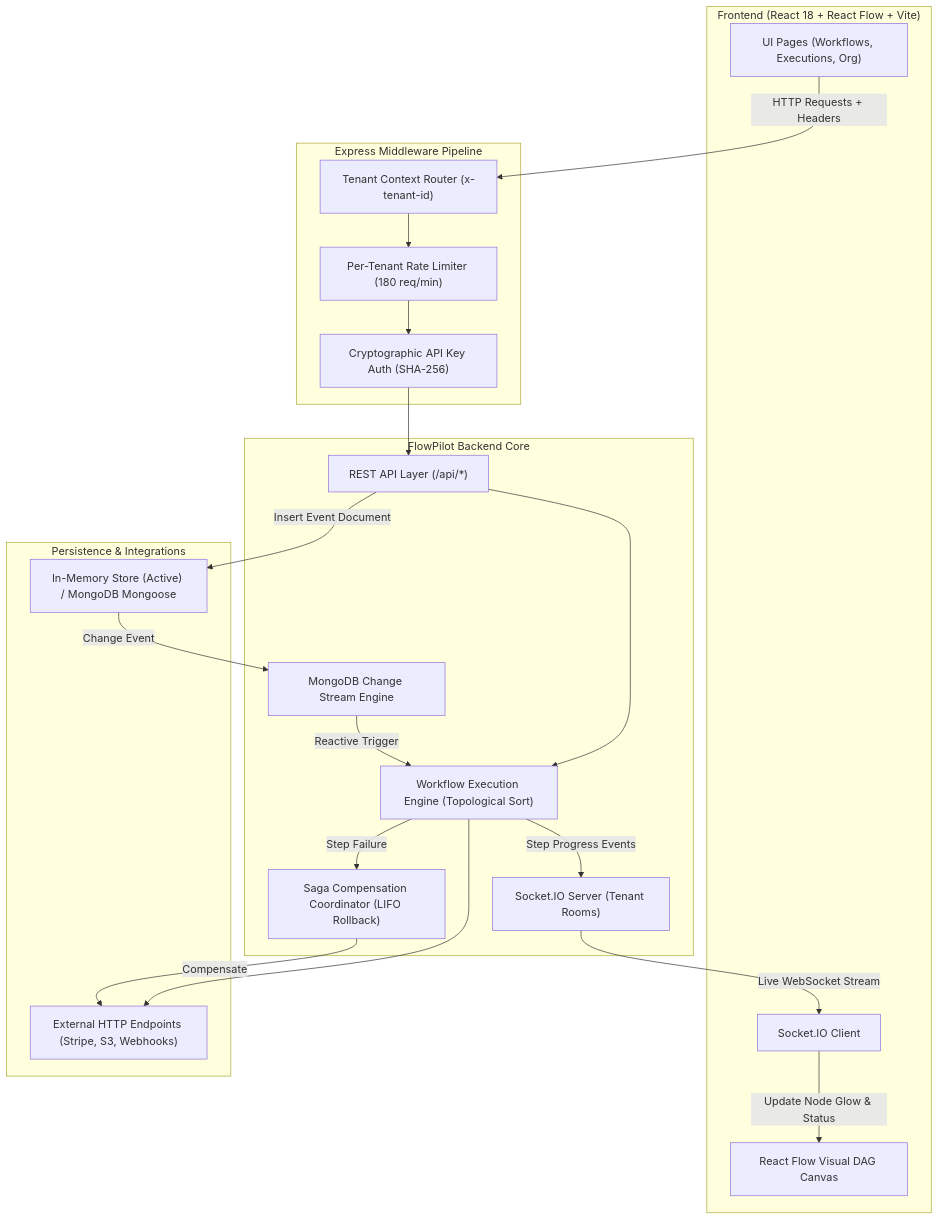
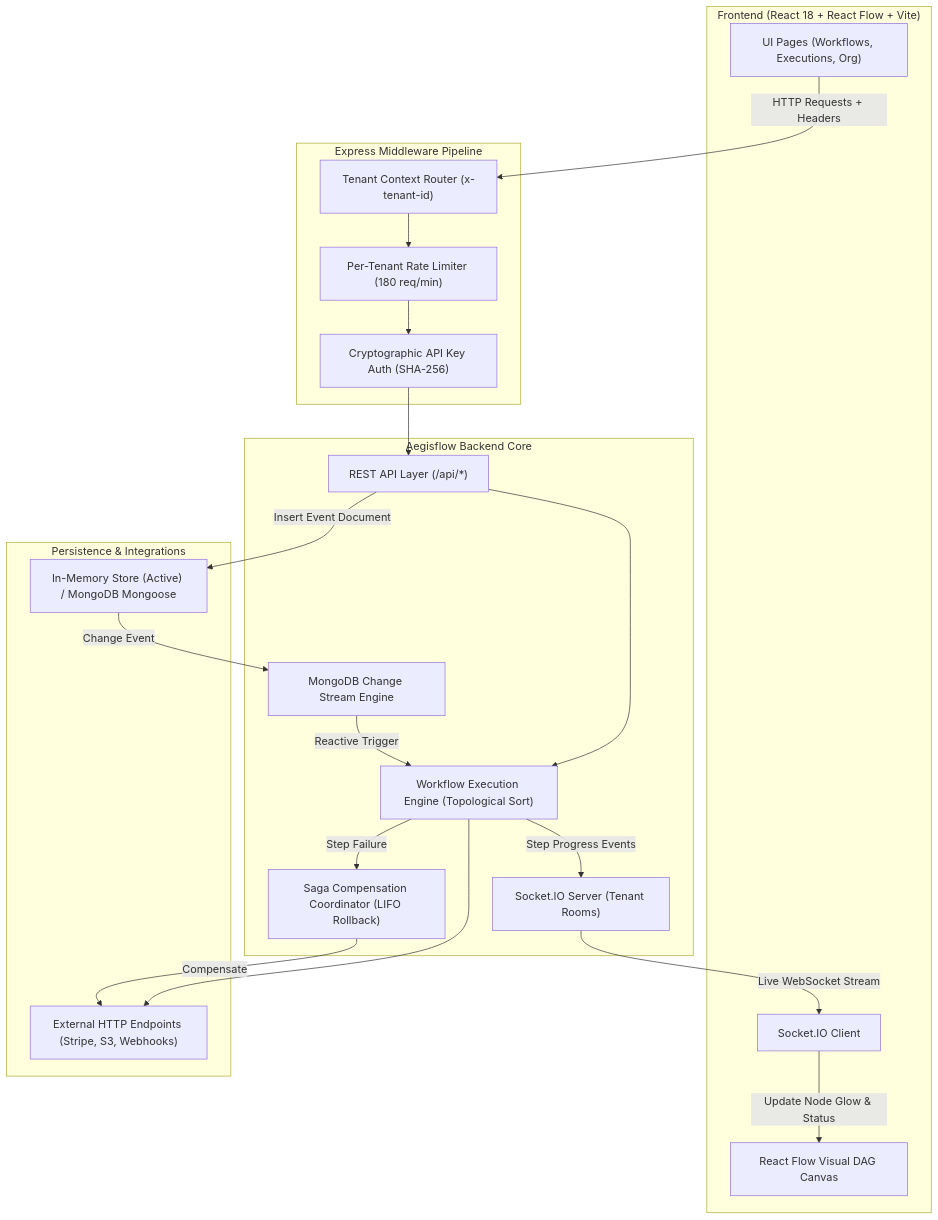
Before and after one commit to thoufiq3003/Multi-Tenant-Distributed-Workflow: the diagram in new-ui/README.md, drawn with Mermaid. The commit also changed other lines of this file and 44 other files, not shown here.

Commit message:
refactor: rebrand project to Aegisflow and implement backend workflow execution engine and frontend UI

````diff
--- a/new-ui/README.md
+++ b/new-ui/README.md
@@ -62,44 +62,44 @@
 ```mermaid
 flowchart TD
     subgraph Browser ["Frontend (React 18 + React Flow + Vite)"]
         UI["UI Pages (Workflows, Executions, Org)"]
         Canvas["React Flow Visual DAG Canvas"]
         SocketClient["Socket.IO Client"]
     end
 
     subgraph SecurityPipeline ["Express Middleware Pipeline"]
         TenantMid["Tenant Context Router (x-tenant-id)"]
         RateLimit["Per-Tenant Rate Limiter (180 req/min)"]
         AuthMid["Cryptographic API Key Auth (SHA-256)"]
     end
 
-    subgraph CoreEngine ["FlowPilot Backend Core"]
+    subgraph CoreEngine ["Aegisflow Backend Core"]
         API["REST API Layer (/api/*)"]
         SocketServer["Socket.IO Server (Tenant Rooms)"]
         Engine["Workflow Execution Engine (Topological Sort)"]
         Saga["Saga Compensation Coordinator (LIFO Rollback)"]
         CSEngine["MongoDB Change Stream Engine"]
     end
 
     subgraph StorageExternal ["Persistence & Integrations"]
         Storage["In-Memory Store (Active) / MongoDB Mongoose"]
         ExternalAPIs["External HTTP Endpoints (Stripe, S3, Webhooks)"]
     end
 
     UI -->|HTTP Requests + Headers| TenantMid
     TenantMid --> RateLimit
     RateLimit --> AuthMid
     AuthMid --> API
 
     API --> Engine
     Engine --> ExternalAPIs
     Engine -->|Step Failure| Saga
     Saga -->|Compensate| ExternalAPIs
     Engine -->|Step Progress Events| SocketServer
     SocketServer -->|Live WebSocket Stream| SocketClient
     SocketClient -->|Update Node Glow & Status| Canvas
 
     API -->|Insert Event Document| Storage
     Storage -->|Change Event| CSEngine
     CSEngine -->|Reactive Trigger| Engine
 ```
````
